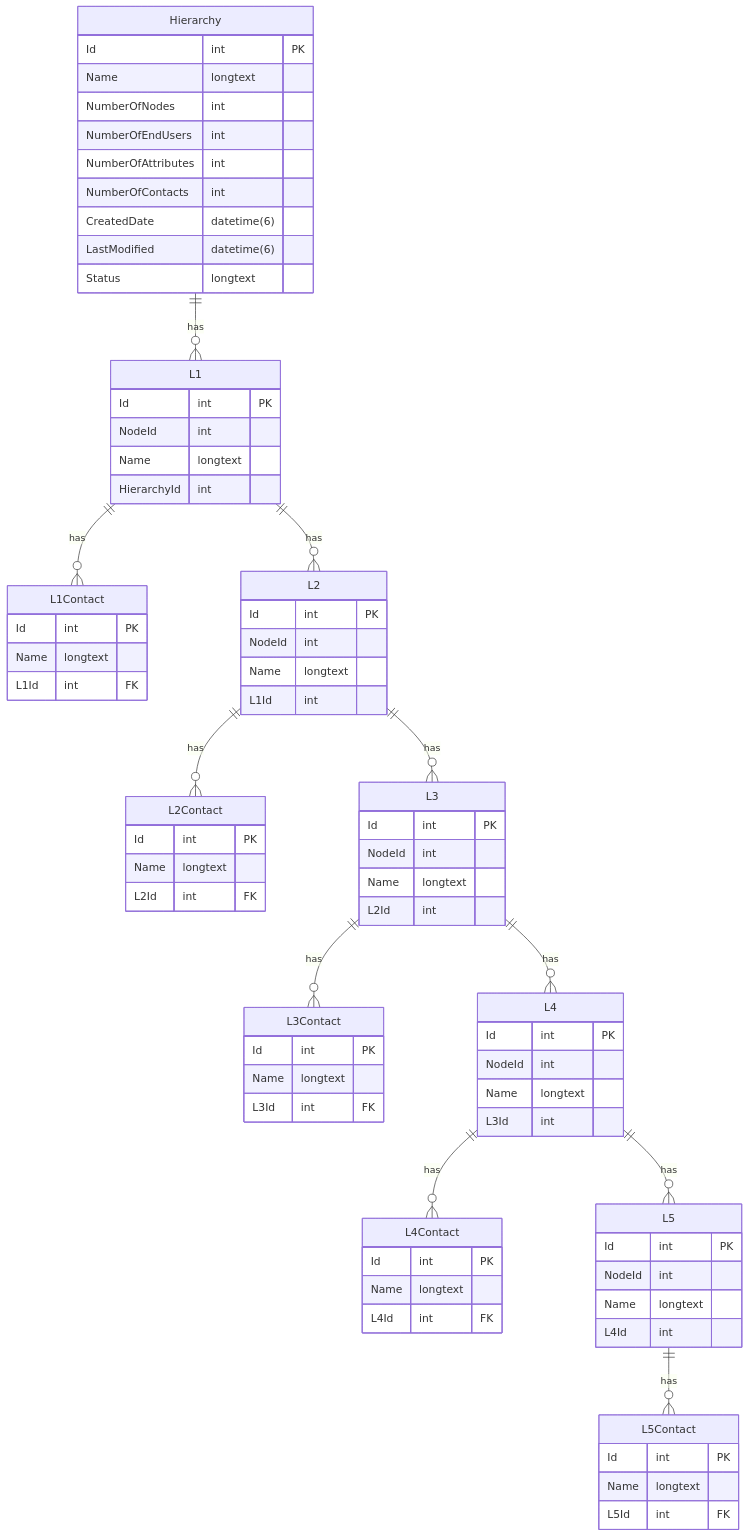
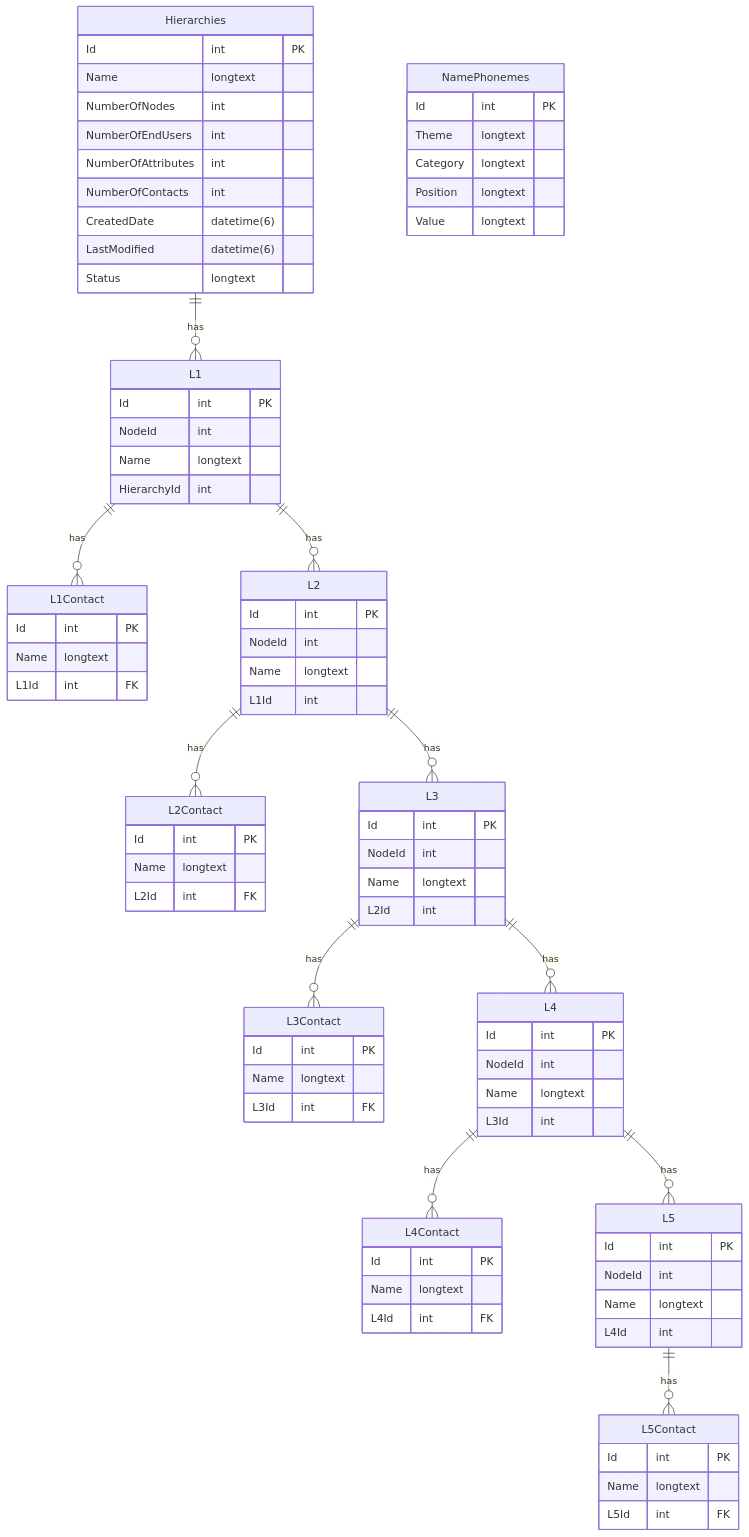
One commit to SandraTheSorceress/HierarchyGenerator changed the diagram in HierarchyGeneratorDatabase/README.md. Above: the diagram before and after it, drawn with Mermaid. The commit also changed 7 other files, not shown here.

Commit message:
#71 Moved the phonemes used to create names from C# code into a new database table called NamePhonemes.

````diff
--- a/HierarchyGeneratorDatabase/README.md
+++ b/HierarchyGeneratorDatabase/README.md
@@ -24,6 +24,6 @@
 ```mermaid
 erDiagram
-    Hierarchy ||--o{ L1 : has
+    Hierarchies ||--o{ L1 : has
     L1 ||--o{ L1Contact : has
     L1 ||--o{ L2 : has
     L2 ||--o{ L2Contact : has
@@ -34,7 +34,7 @@
     L4 ||--o{ L5 : has
     L5 ||--o{ L5Contact : has
 
-    Hierarchy {
+    Hierarchies {
         Id	int PK
         Name longtext
         NumberOfNodes int
@@ -44,6 +44,14 @@
         CreatedDate	datetime(6)
         LastModified datetime(6)
         Status longtext
+    }
+
+    NamePhonemes {
+        Id	int PK
+        Theme longtext
+        Category longtext
+        Position longtext
+        Value longtext
     }
 
     L1 {
````
